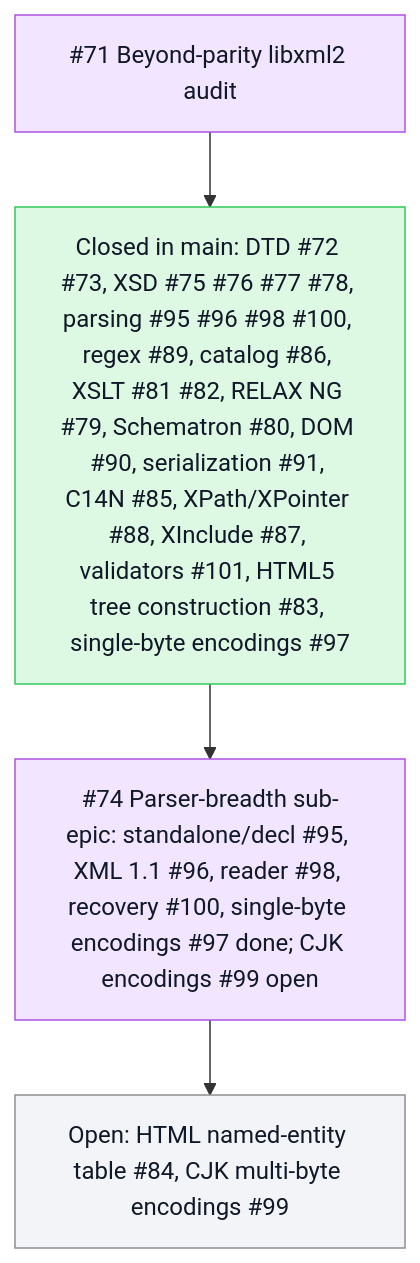
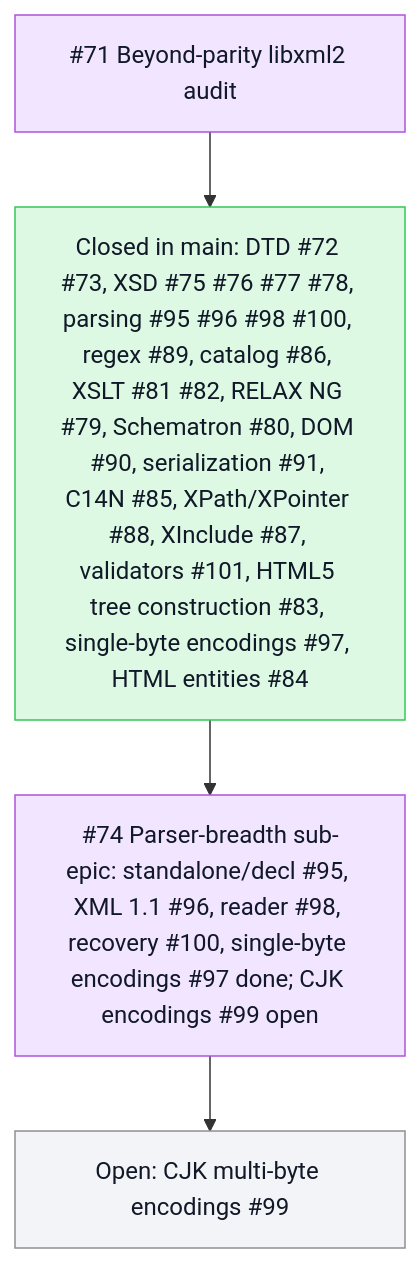
The second of 2 diagrams in README.md (mihaelamj/PureXML), drawn with Mermaid before and after one commit.

Commit message:
docs: move closed HTML entities #84 to done in roadmap

````diff
--- a/README.md
+++ b/README.md
@@ -73,14 +73,14 @@
 ```mermaid
 flowchart TB
   classDef done fill:#ddf9e4,stroke:#34c759,color:#111827
   classDef review fill:#fff7d6,stroke:#ffcc00,color:#111827
   classDef epic fill:#f2e5ff,stroke:#af52de,color:#111827
   classDef todo fill:#f2f4f7,stroke:#8e8e93,color:#111827
   Epic71["#71 Beyond-parity libxml2 audit"]:::epic
-  AuditDone["Closed in main: DTD #72 #73, XSD #75 #76 #77 #78, parsing #95 #96 #98 #100, regex #89, catalog #86, XSLT #81 #82, RELAX NG #79, Schematron #80, DOM #90, serialization #91, C14N #85, XPath/XPointer #88, XInclude #87, validators #101, HTML5 tree construction #83, single-byte encodings #97"]:::done
+  AuditDone["Closed in main: DTD #72 #73, XSD #75 #76 #77 #78, parsing #95 #96 #98 #100, regex #89, catalog #86, XSLT #81 #82, RELAX NG #79, Schematron #80, DOM #90, serialization #91, C14N #85, XPath/XPointer #88, XInclude #87, validators #101, HTML5 tree construction #83, single-byte encodings #97, HTML entities #84"]:::done
   Epic74["#74 Parser-breadth sub-epic: standalone/decl #95, XML 1.1 #96, reader #98, recovery #100, single-byte encodings #97 done; CJK encodings #99 open"]:::epic
-  Open["Open: HTML named-entity table #84, CJK multi-byte encodings #99"]:::todo
+  Open["Open: CJK multi-byte encodings #99"]:::todo
   Epic71 --> AuditDone
   AuditDone --> Epic74
   Epic74 --> Open
 ```
````
